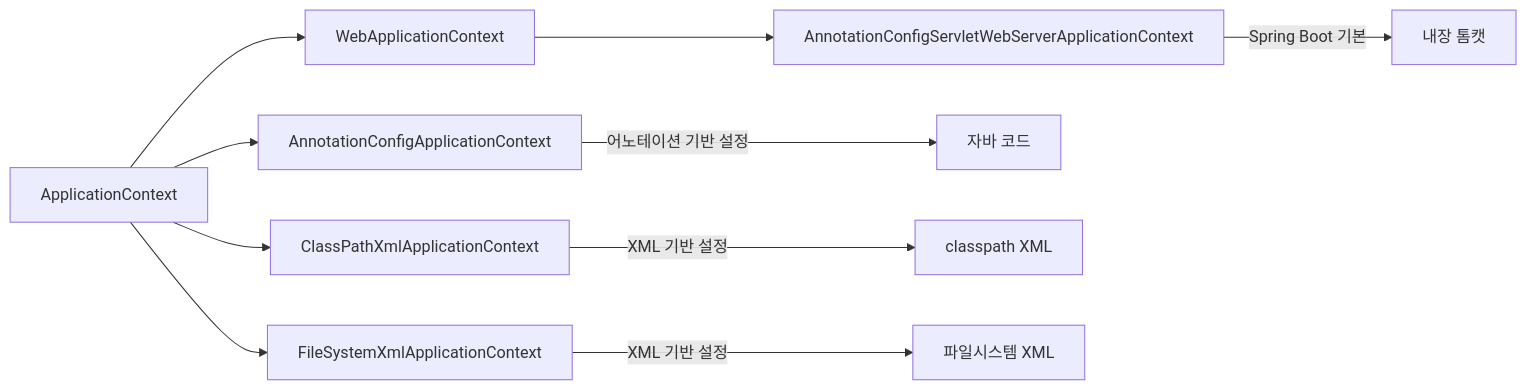
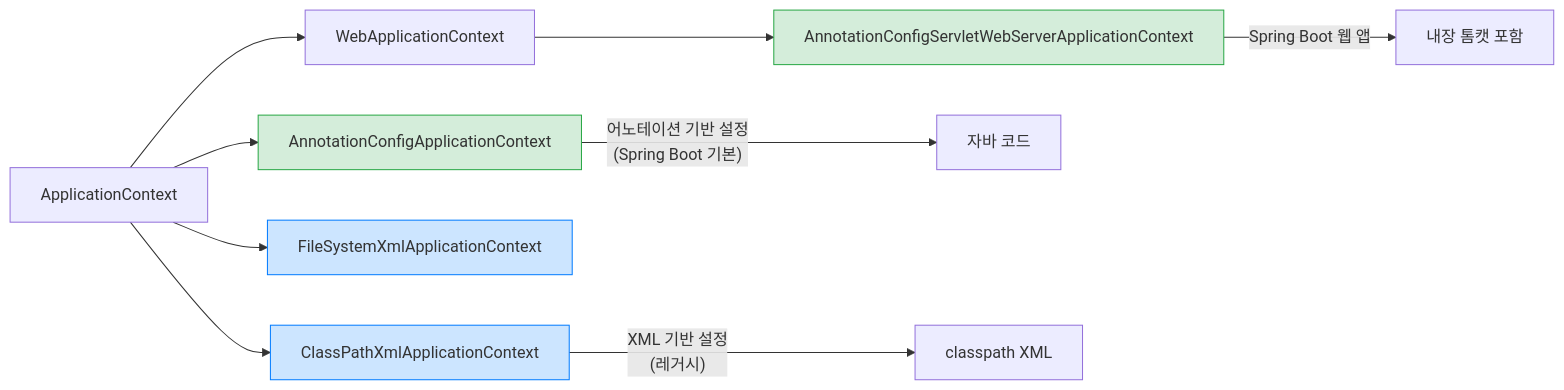
The third of 13 diagrams in _posts/spring/2026-05-02-spring-core-basic.md (yjkim2015/yjkim2015.github.io), drawn with Mermaid before and after one commit. The commit also changed other lines of this file and 32 other files, not shown here.

````diff
--- a/_posts/spring/2026-05-02-spring-core-basic.md
+++ b/_posts/spring/2026-05-02-spring-core-basic.md
@@ -137,13 +163,17 @@
 ```mermaid
 graph LR
     A[ApplicationContext] --> B[AnnotationConfigApplicationContext]
     A --> C[ClassPathXmlApplicationContext]
     A --> D[FileSystemXmlApplicationContext]
     A --> E[WebApplicationContext]
     E --> F[AnnotationConfigServletWebServerApplicationContext]
 
-    B -->|어노테이션 기반 설정| G[자바 코드]
-    C -->|XML 기반 설정| H[classpath XML]
-    D -->|XML 기반 설정| I[파일시스템 XML]
-    F -->|Spring Boot 기본| J[내장 톰캣]
+    B -->|"어노테이션 기반 설정\n(Spring Boot 기본)"| G[자바 코드]
+    C -->|"XML 기반 설정\n(레거시)"| H[classpath XML]
+    F -->|"Spring Boot 웹 앱"| I[내장 톰캣 포함]
+
+    classDef blue fill:#cce5ff,stroke:#007bff
+    classDef green fill:#d4edda,stroke:#28a745
+    class B,F green
+    class C,D blue
 ```
````
